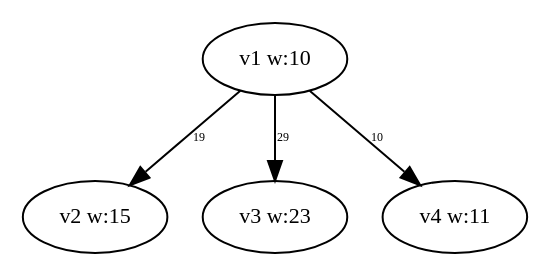
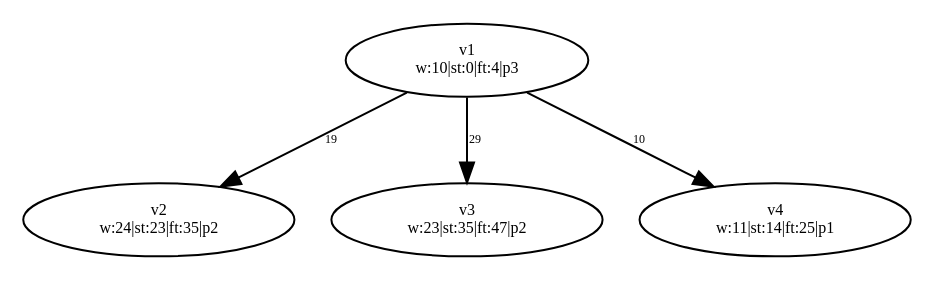
One commit to dexters1/Task-Scheduling-Based-on-Genetic-Algorithms changed the diagram in PythonApplication1/PythonApplication1/test-output/slika_2_Simplified.gv. Above: the diagram before and after it, drawn with Graphviz. The commit also changed 51 other files, not shown here.

```diff
--- a/PythonApplication1/PythonApplication1/test-output/slika_2_Simplified.gv
+++ b/PythonApplication1/PythonApplication1/test-output/slika_2_Simplified.gv
@@ -1,9 +1,13 @@
 digraph {
-	v1 [label="v1 w:10" fontsize=11.0]
-	v2 [label="v2 w:15" fontsize=11.0]
-	v3 [label="v3 w:23" fontsize=11.0]
-	v4 [label="v4 w:11" fontsize=11.0]
+	v1 [label="v1
+w:10|st:0|ft:4|p3" fontsize=8.0]
+	v2 [label="v2
+w:24|st:23|ft:35|p2" fontsize=8.0]
+	v3 [label="v3
+w:23|st:35|ft:47|p2" fontsize=8.0]
+	v4 [label="v4
+w:11|st:14|ft:25|p1" fontsize=8.0]
 	v1 -> v2 [label=19 constraint=true fontsize=6.0]
 	v1 -> v3 [label=29 constraint=true fontsize=6.0]
 	v1 -> v4 [label=10 constraint=true fontsize=6.0]
 }
```
